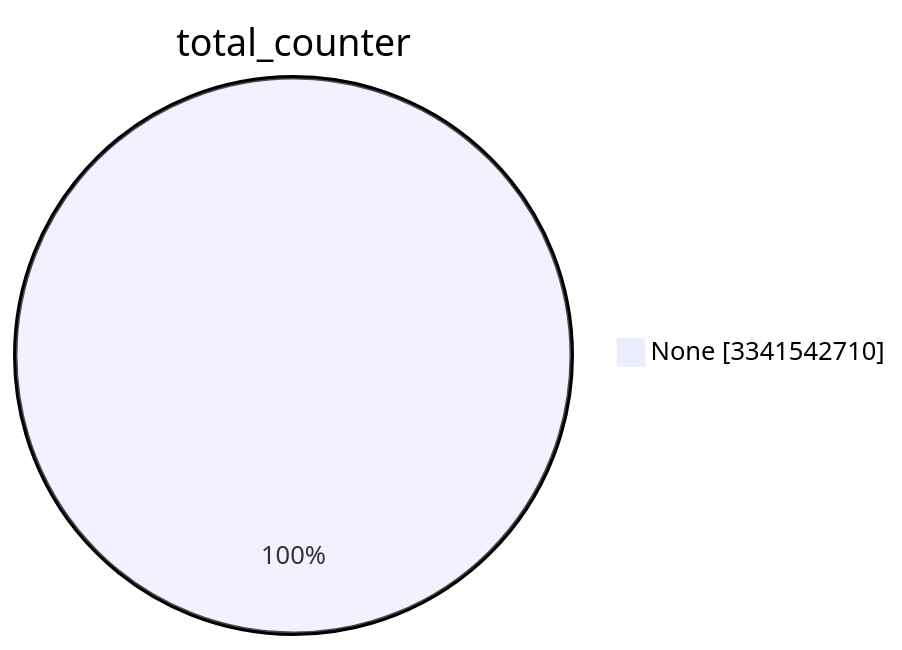
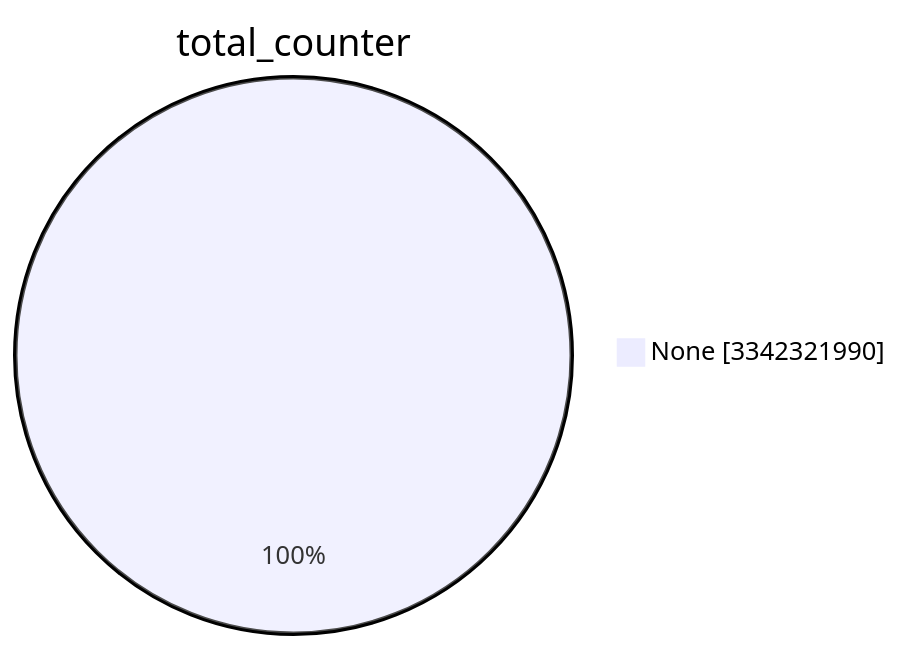
Before and after one commit to christiankrug/ctmonitor_visualization: the first of 15 diagrams in TOTAL/README.md, drawn with Mermaid. The commit also changed other lines of this file, not shown here.

````diff
--- a/TOTAL/README.md
+++ b/TOTAL/README.md
@@ -1,5 +1,5 @@
 ```mermaid
 pie showData
 title total_counter
-"None" :3341542710
+"None" :3342321990
 ```
````
